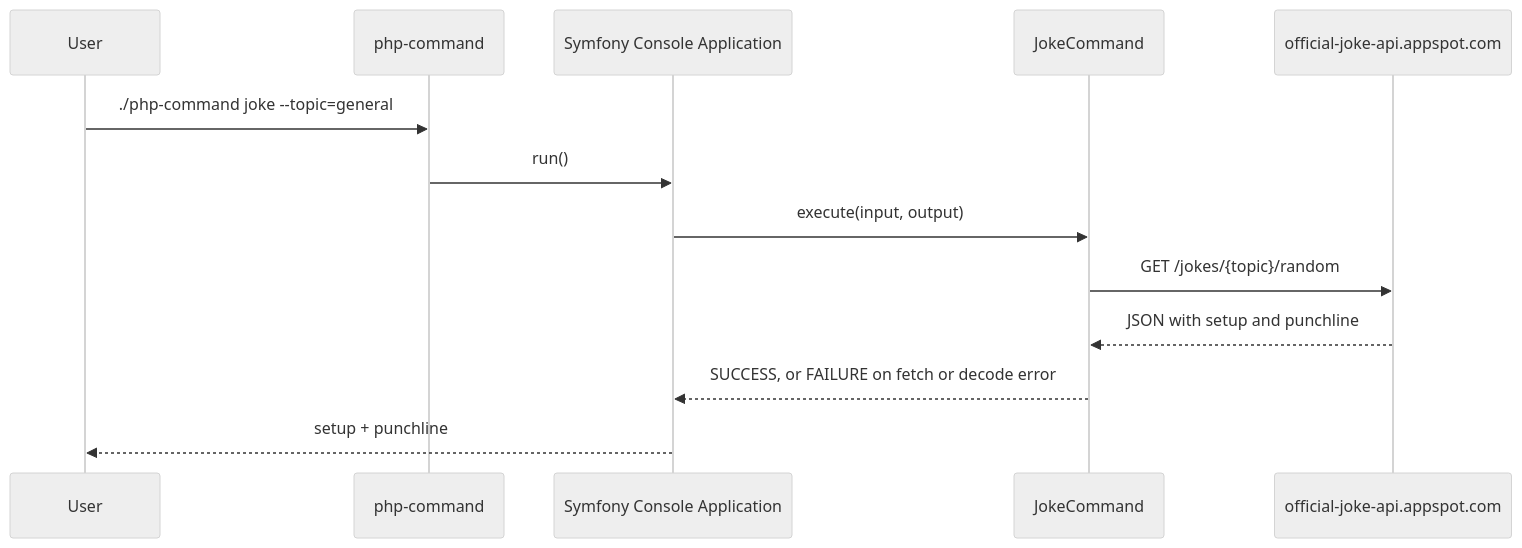
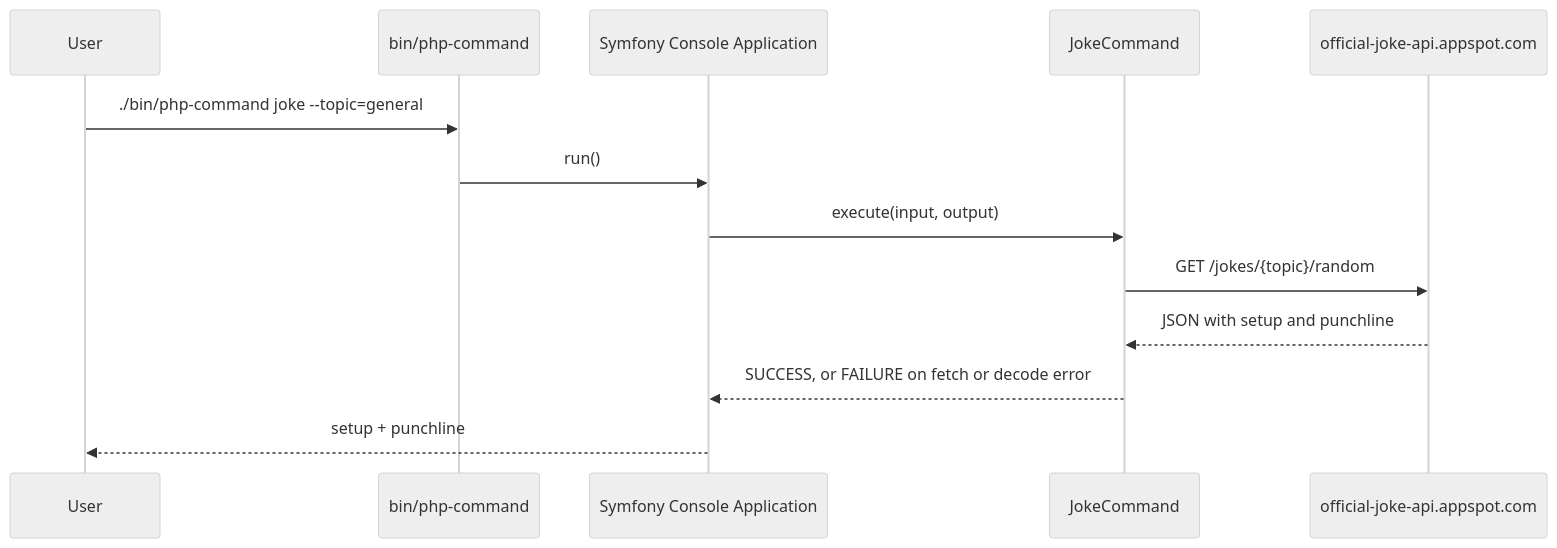
One commit to AlexSkrypnyk/scaffold changed the first of 4 diagrams in docs/content/architecture/README.md. Above: the diagram before and after it, drawn with Mermaid (neutral theme). The commit also changed other lines of this file and 90 other files, not shown here.

Commit message:
Moved 'php-command' to 'bin' and the PHAR build output to 'dist'. (#648)

````diff
--- a/docs/content/architecture/README.md
+++ b/docs/content/architecture/README.md
@@ -19,16 +19,16 @@
 ```mermaid
-%% Traced from: php-command, src/Command/JokeCommand.php.
+%% Traced from: bin/php-command, src/Command/JokeCommand.php.
 sequenceDiagram
     participant User
-    participant Entry as php-command
+    participant Entry as bin/php-command
     participant App as Symfony Console Application
     participant Joke as JokeCommand
     participant API as official-joke-api.appspot.com
-    User->>Entry: ./php-command joke --topic=general
+    User->>Entry: ./bin/php-command joke --topic=general
     Entry->>App: run()
     App->>Joke: execute(input, output)
     Joke->>API: GET /jokes/{topic}/random
     API-->>Joke: JSON with setup and punchline
     Joke-->>App: SUCCESS, or FAILURE on fetch or decode error
     App-->>User: setup + punchline
 ```
````
